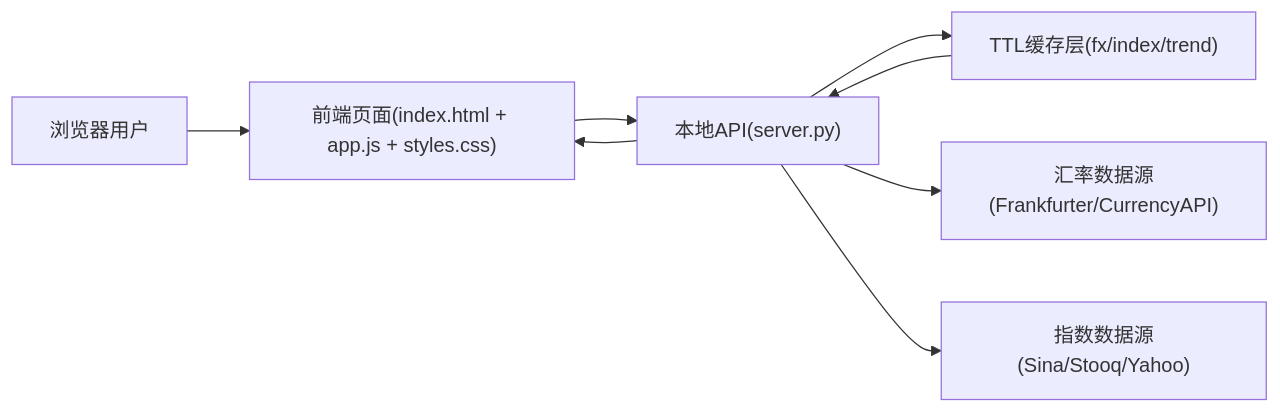
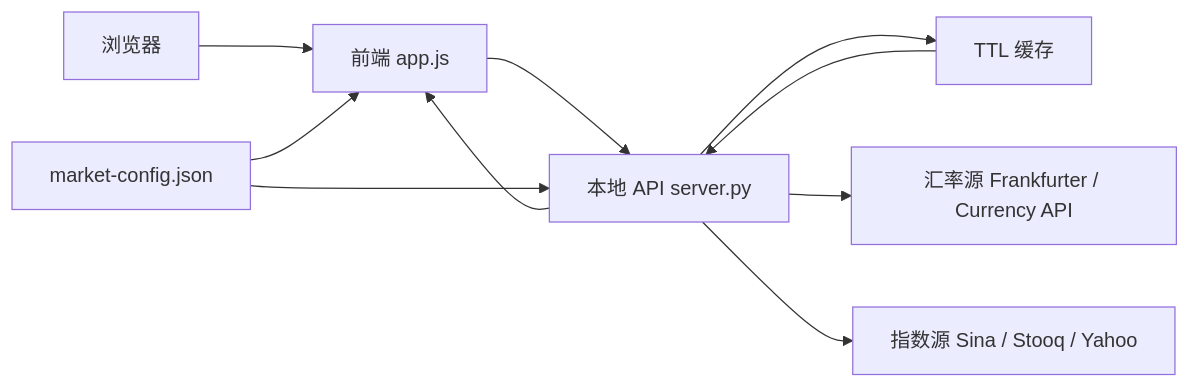
Before and after one commit to Tomhao10225101490/financial_assistant: the diagram in README.md, drawn with Mermaid. The commit also changed other lines of this file and 7 other files, not shown here.

````diff
--- a/README.md
+++ b/README.md
@@ -25,10 +33,12 @@
 ```mermaid
 flowchart LR
-  user["浏览器用户"] --> frontend["前端页面(index.html + app.js + styles.css)"]
-  frontend --> api["本地API(server.py)"]
-  api --> cache["TTL缓存层(fx/index/trend)"]
-  api --> fxSources["汇率数据源(Frankfurter/CurrencyAPI)"]
-  api --> idxSources["指数数据源(Sina/Stooq/Yahoo)"]
+  user["浏览器"] --> frontend["前端 app.js"]
+  frontend --> api["本地 API server.py"]
+  api --> cache["TTL 缓存"]
+  api --> fx["汇率源 Frankfurter / Currency API"]
+  api --> idx["指数源 Sina / Stooq / Yahoo"]
+  config["market-config.json"] --> api
+  config --> frontend
   cache --> api
   api --> frontend
 ```
````
